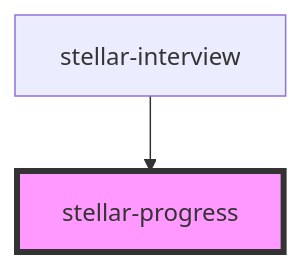
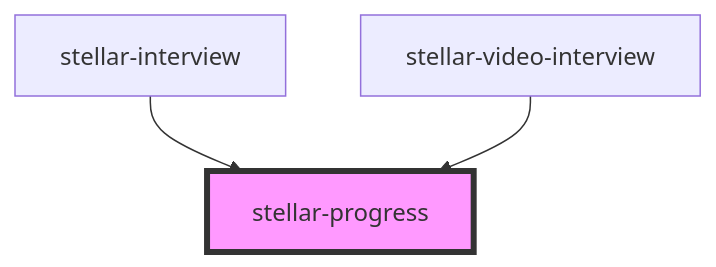
One commit to splitinfinities/Stellar changed the diagram in src/components/forms/progress/readme.md. Above: the diagram before and after it, drawn with Mermaid. The commit also changed other lines of this file and 26 other files, not shown here.

````diff
--- a/src/components/forms/progress/readme.md
+++ b/src/components/forms/progress/readme.md
@@ -47,5 +49,6 @@
 ```mermaid
 graph TD;
   stellar-interview --> stellar-progress
+  stellar-video-interview --> stellar-progress
   style stellar-progress fill:#f9f,stroke:#333,stroke-width:4px
 ```
````
